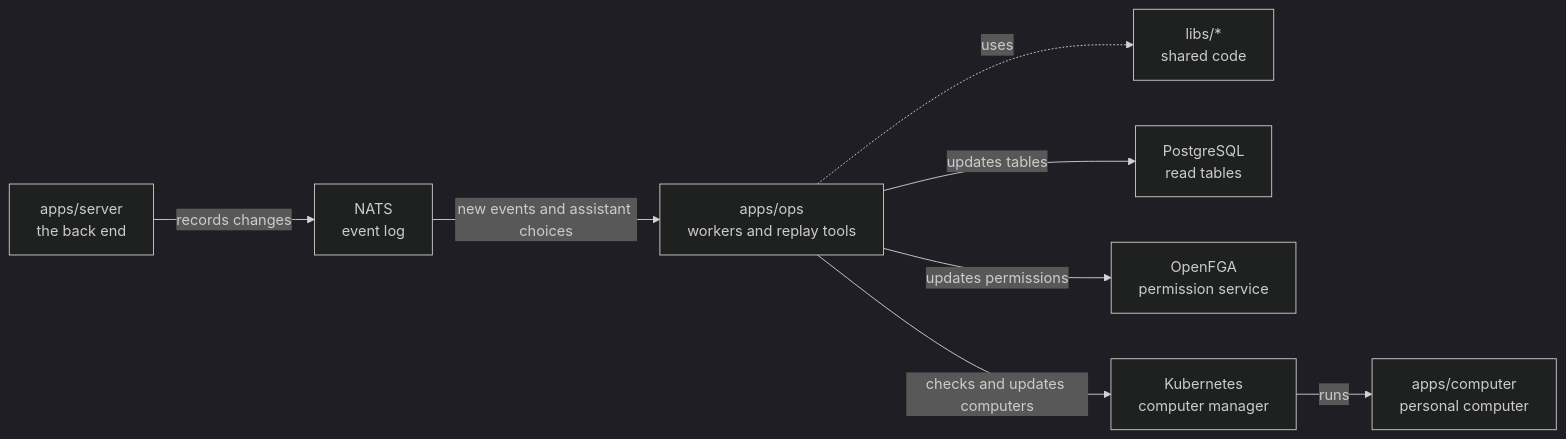
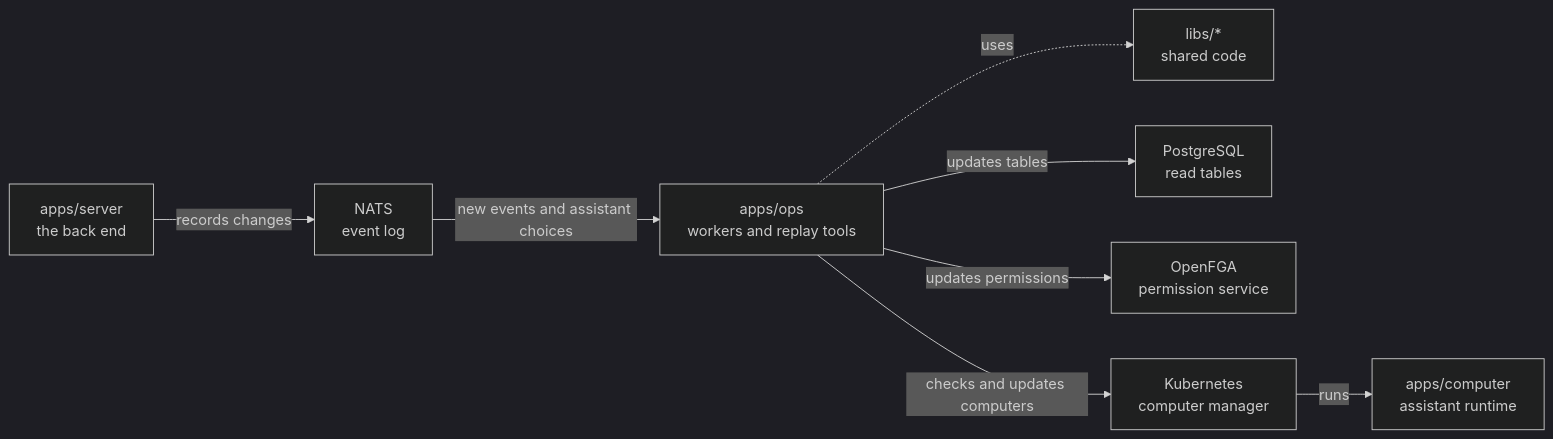
One commit to elewa-git/opencrane-new changed the diagram in apps/ops/README.md. Above: the diagram before and after it, drawn with Mermaid (dark theme). The commit also changed other lines of this file and 21 other files, not shown here.

````diff
--- a/apps/ops/README.md
+++ b/apps/ops/README.md
@@ -11,10 +11,10 @@
 ```mermaid
 flowchart LR
   server["apps/server<br/>the back end"] -->|records changes| nats["NATS<br/>event log"]
   nats -->|new events and assistant choices| ops["apps/ops<br/>workers and replay tools"]
   ops -.->|uses| libs["libs/*<br/>shared code"]
   ops -->|updates tables| postgres["PostgreSQL<br/>read tables"]
   ops -->|updates permissions| fga["OpenFGA<br/>permission service"]
   ops -->|checks and updates computers| kube["Kubernetes<br/>computer manager"]
-  kube -->|runs| computer["apps/computer<br/>personal computer"]
+  kube -->|runs| computer["apps/computer<br/>assistant runtime"]
 ```
````
